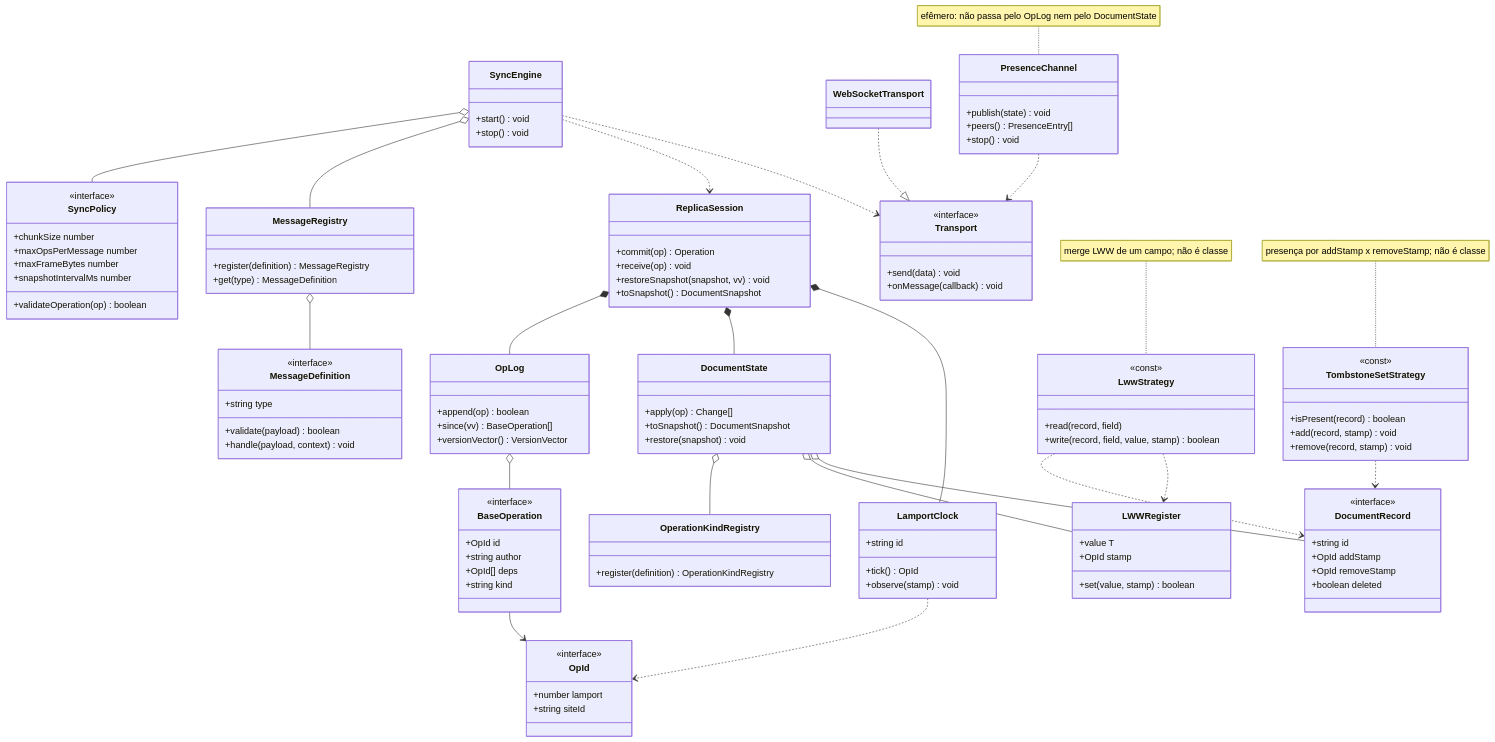
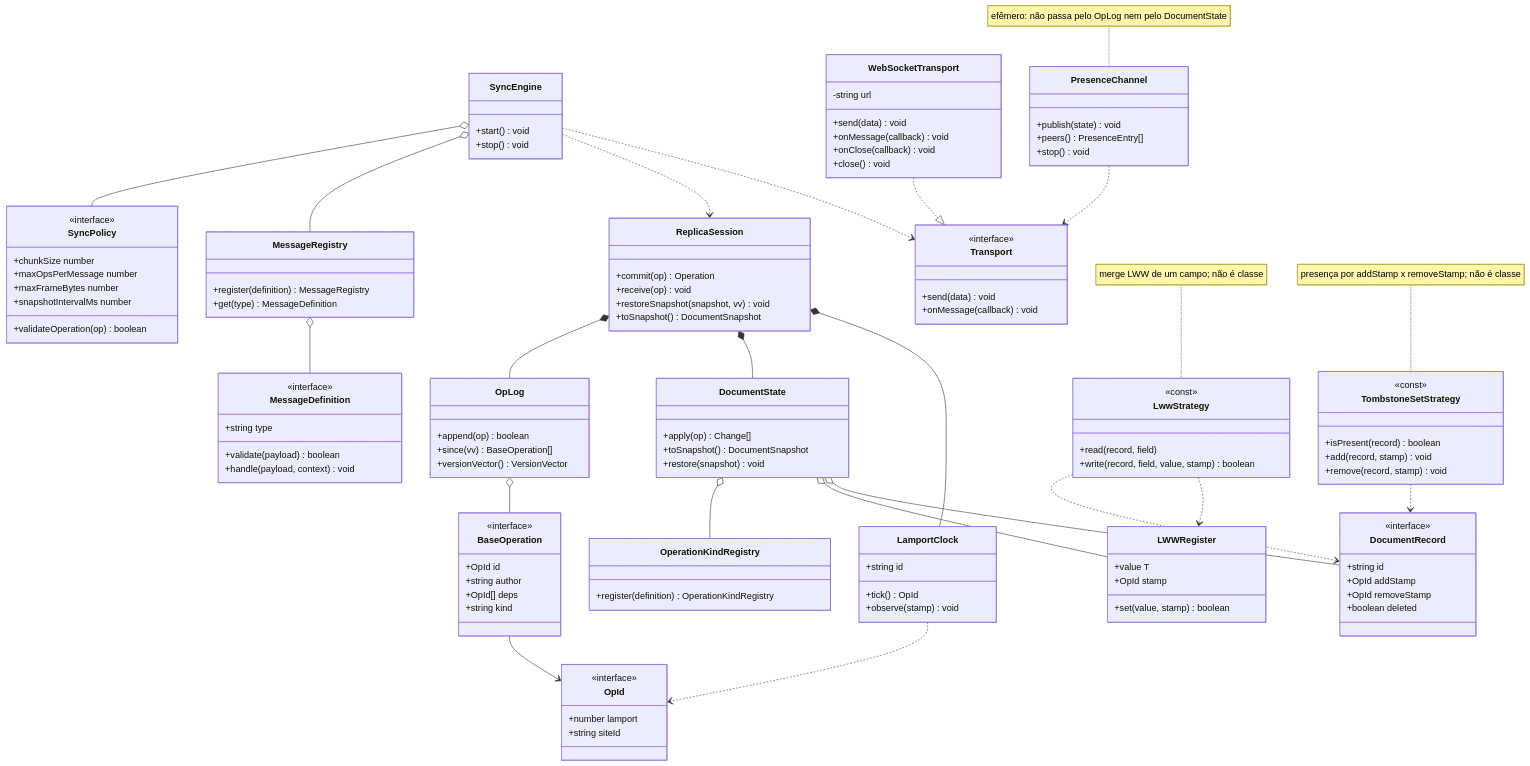
The tenth of 12 diagrams in docs/diagrams/README.md (ssugary/BlenderPDS), drawn with Mermaid before and after one commit. The commit also changed other lines of this file and 22 other files, not shown here.

First line of the commit message:
docs(diagrams): corrige classes vazias nos diagramas de classes

```diff
--- a/docs/diagrams/README.md
+++ b/docs/diagrams/README.md
@@ -797,7 +860,13 @@
         +send(data) void
         +onMessage(callback) void
     }
-    class WebSocketTransport
+    class WebSocketTransport {
+    -string url
+    +send(data) void
+    +onMessage(callback) void
+    +onClose(callback) void
+    +close() void
+    }
     class PresenceChannel {
         +publish(state) void
         +peers() PresenceEntry[]
```
